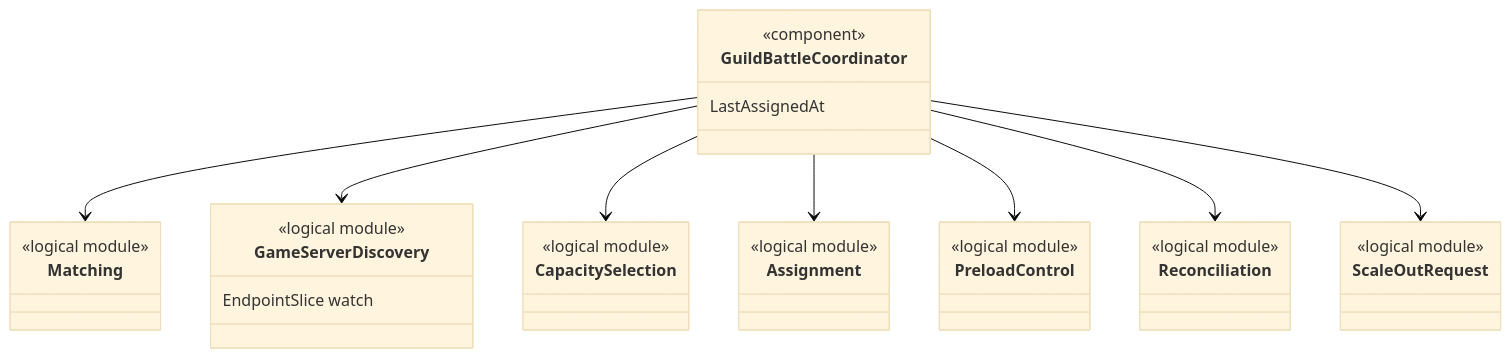
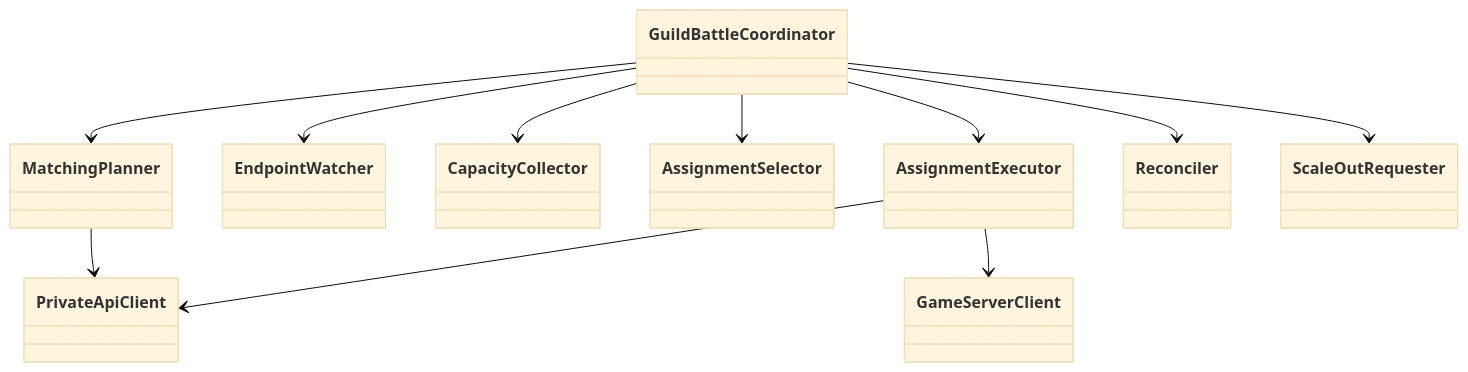
Before and after one commit to ReHydrangeaOdyssey/Specifications: the first of 3 diagrams in design/programming/server/guild_battle_coordinator.md, drawn with Mermaid (base theme). The commit also changed other lines of this file and 35 other files, not shown here.

````diff
--- a/design/programming/server/guild_battle_coordinator.md
+++ b/design/programming/server/guild_battle_coordinator.md
@@ -24,37 +9,24 @@
 ```mermaid
 classDiagram
-    class GuildBattleCoordinator {
-        <<component>>
-        LastAssignedAt
-    }
-    class Matching {
-        <<logical module>>
-    }
-    class GameServerDiscovery {
-        <<logical module>>
-        EndpointSlice watch
-    }
-    class CapacitySelection {
-        <<logical module>>
-    }
-    class Assignment {
-        <<logical module>>
-    }
-    class PreloadControl {
-        <<logical module>>
-    }
-    class Reconciliation {
-        <<logical module>>
-    }
-    class ScaleOutRequest {
-        <<logical module>>
-    }
+    class GuildBattleCoordinator
+    class MatchingPlanner
+    class EndpointWatcher
+    class CapacityCollector
+    class AssignmentSelector
+    class AssignmentExecutor
+    class Reconciler
+    class ScaleOutRequester
+    class PrivateApiClient
+    class GameServerClient
 
-    GuildBattleCoordinator --> Matching
-    GuildBattleCoordinator --> GameServerDiscovery
-    GuildBattleCoordinator --> CapacitySelection
-    GuildBattleCoordinator --> Assignment
-    GuildBattleCoordinator --> PreloadControl
-    GuildBattleCoordinator --> Reconciliation
-    GuildBattleCoordinator --> ScaleOutRequest
+    GuildBattleCoordinator --> MatchingPlanner
+    GuildBattleCoordinator --> EndpointWatcher
+    GuildBattleCoordinator --> CapacityCollector
+    GuildBattleCoordinator --> AssignmentSelector
+    GuildBattleCoordinator --> AssignmentExecutor
+    GuildBattleCoordinator --> Reconciler
+    GuildBattleCoordinator --> ScaleOutRequester
+    AssignmentExecutor --> PrivateApiClient
+    AssignmentExecutor --> GameServerClient
+    MatchingPlanner --> PrivateApiClient
 ```
````
